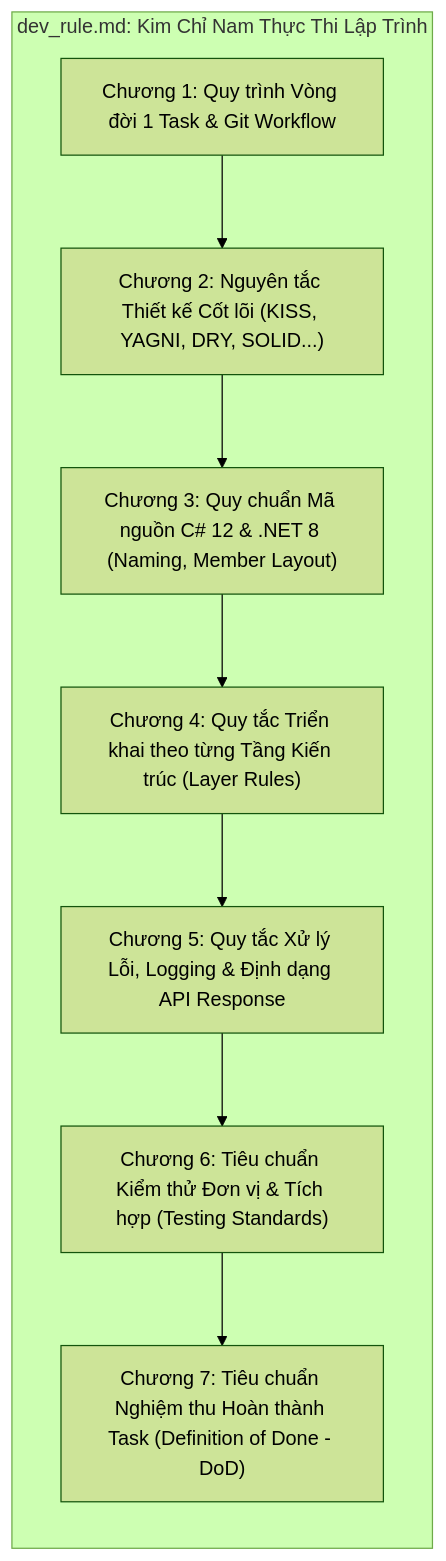
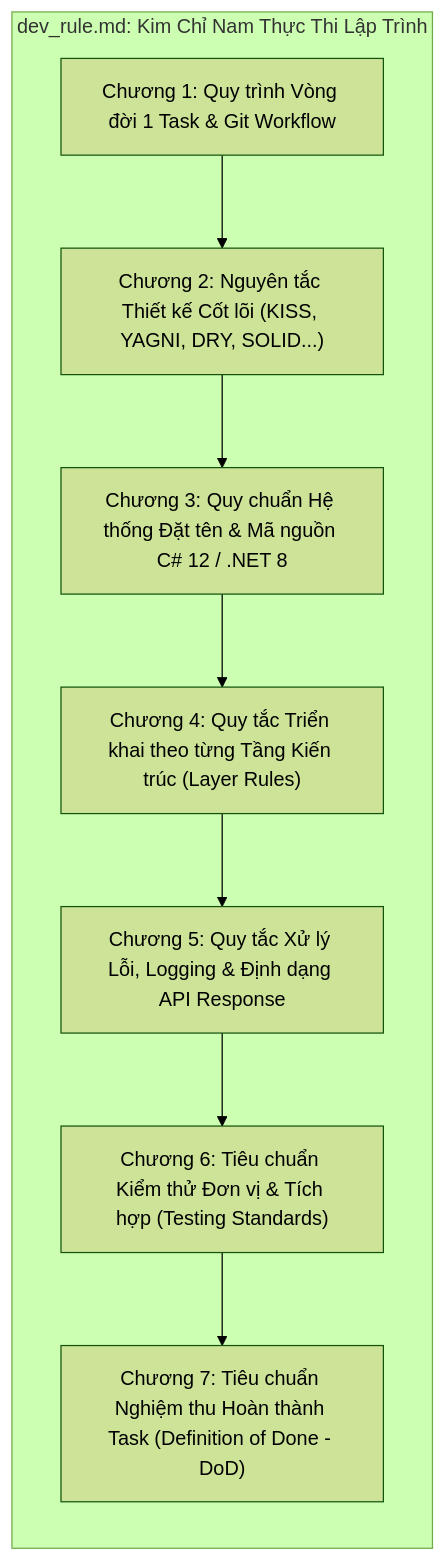
One commit to kkons2212/Gym-management changed the first of 2 diagrams in Document/dev_rule.md. Above: the diagram before and after it, drawn with Mermaid (forest theme). The commit also changed other lines of this file and 3 other files, not shown here.

````diff
--- a/Document/dev_rule.md
+++ b/Document/dev_rule.md
@@ -13,14 +13,14 @@
 ```mermaid
 flowchart TD
     subgraph CoreGuide["dev_rule.md: Kim Chỉ Nam Thực Thi Lập Trình"]
         direction TB
         C1["Chương 1: Quy trình Vòng đời 1 Task & Git Workflow"]
         C2["Chương 2: Nguyên tắc Thiết kế Cốt lõi (KISS, YAGNI, DRY, SOLID...)"]
-        C3["Chương 3: Quy chuẩn Mã nguồn C# 12 & .NET 8 (Naming, Member Layout)"]
+        C3["Chương 3: Quy chuẩn Hệ thống Đặt tên & Mã nguồn C# 12 / .NET 8"]
         C4["Chương 4: Quy tắc Triển khai theo từng Tầng Kiến trúc (Layer Rules)"]
         C5["Chương 5: Quy tắc Xử lý Lỗi, Logging & Định dạng API Response"]
         C6["Chương 6: Tiêu chuẩn Kiểm thử Đơn vị & Tích hợp (Testing Standards)"]
         C7["Chương 7: Tiêu chuẩn Nghiệm thu Hoàn thành Task (Definition of Done - DoD)"]
     end
     C1 --> C2 --> C3 --> C4 --> C5 --> C6 --> C7
 ```
````
